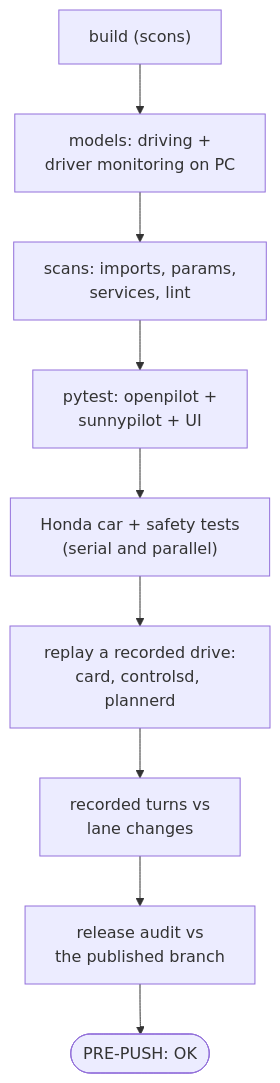
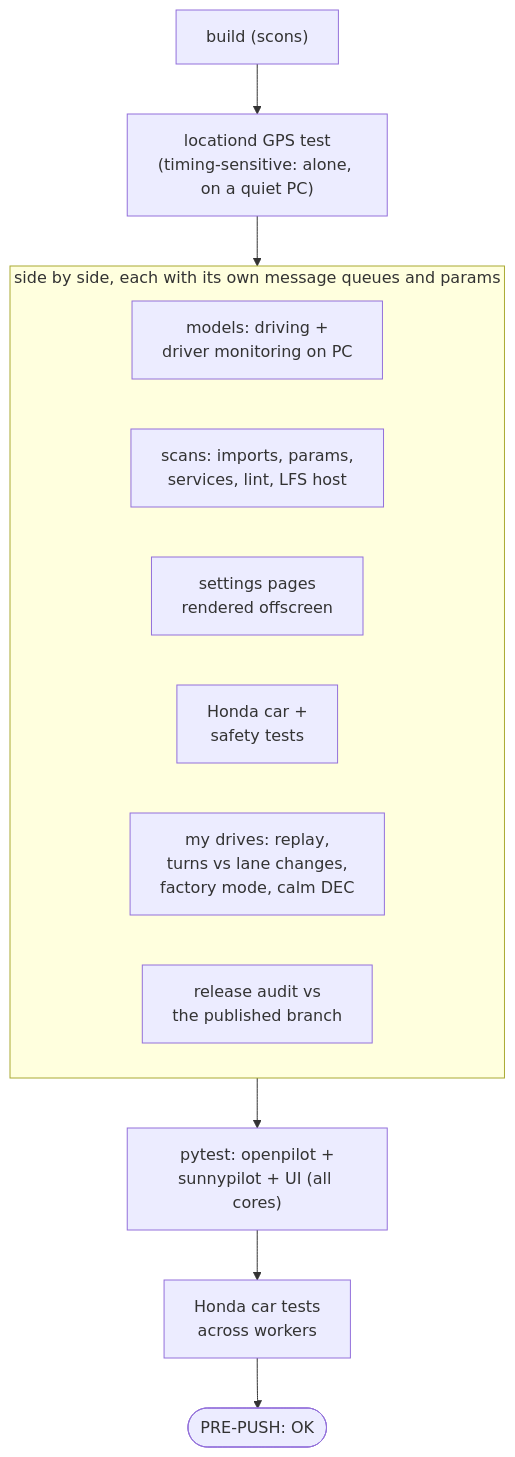
One commit to prehkopf/openpilot changed the fifth of 5 diagrams in docs/rehkopfpilot/release-process.md. Above: the diagram before and after it, drawn with Mermaid. The commit also changed other lines of this file and 1 other file, not shown here.

Commit message:
docs: prepush flow runs in parallel (release process, tools README)

````diff
--- a/docs/rehkopfpilot/release-process.md
+++ b/docs/rehkopfpilot/release-process.md
@@ -88,11 +88,17 @@
 ```mermaid
 flowchart TB
-  b["build (scons)"] --> m["models: driving +<br/>driver monitoring on PC"]
-  m --> s["scans: imports, params,<br/>services, lint"]
-  s --> t["pytest: openpilot +<br/>sunnypilot + UI"]
-  t --> h["Honda car + safety tests<br/>(serial and parallel)"]
-  h --> r["replay a recorded drive:<br/>card, controlsd, plannerd"]
-  r --> tl["recorded turns vs<br/>lane changes"]
-  tl --> a["release audit vs<br/>the published branch"]
-  a --> ok(["PRE-PUSH: OK"])
+  b["build (scons)"] --> g["locationd GPS test<br/>(timing-sensitive: alone, on a quiet PC)"]
+  g --> par
+  subgraph par["side by side, each with its own message queues and params"]
+    direction LR
+    m["models: driving +<br/>driver monitoring on PC"]
+    s["scans: imports, params,<br/>services, lint, LFS host"]
+    ui["settings pages<br/>rendered offscreen"]
+    h["Honda car +<br/>safety tests"]
+    r["my drives: replay,<br/>turns vs lane changes,<br/>factory mode, calm DEC"]
+    a["release audit vs<br/>the published branch"]
+  end
+  par --> t["pytest: openpilot +<br/>sunnypilot + UI (all cores)"]
+  t --> hp["Honda car tests<br/>across workers"]
+  hp --> ok(["PRE-PUSH: OK"])
 ```
````
